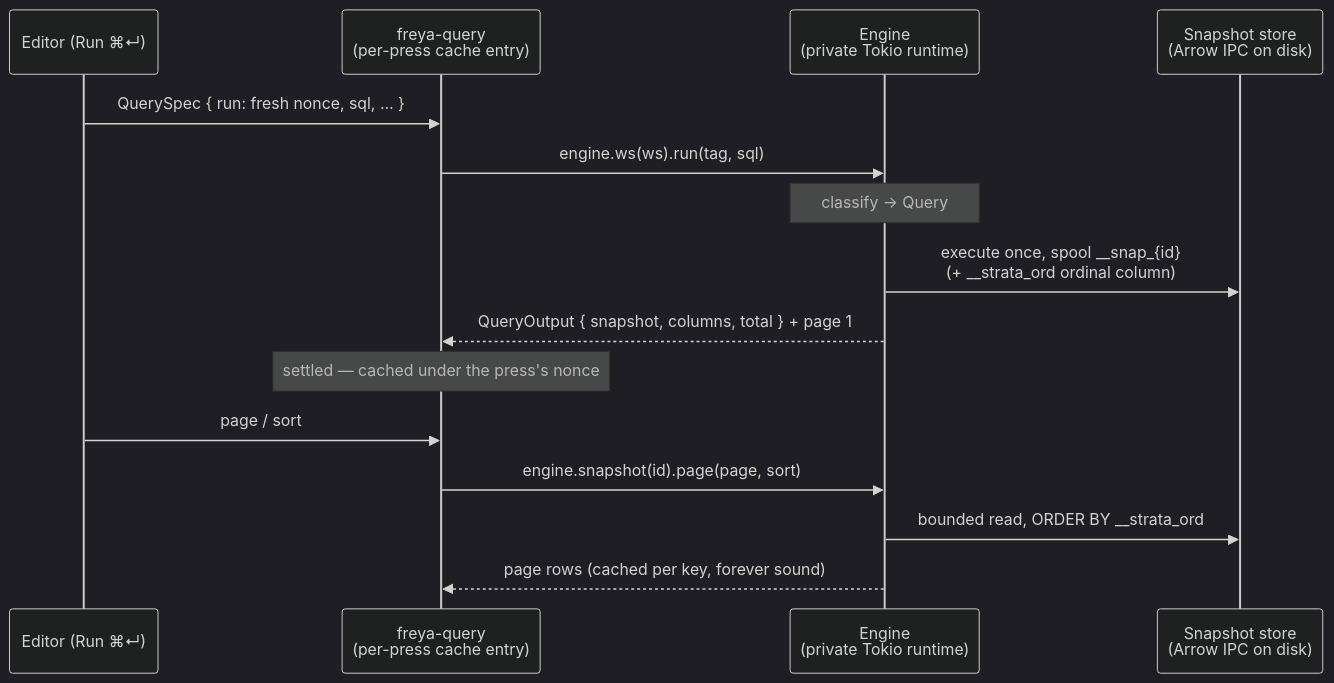
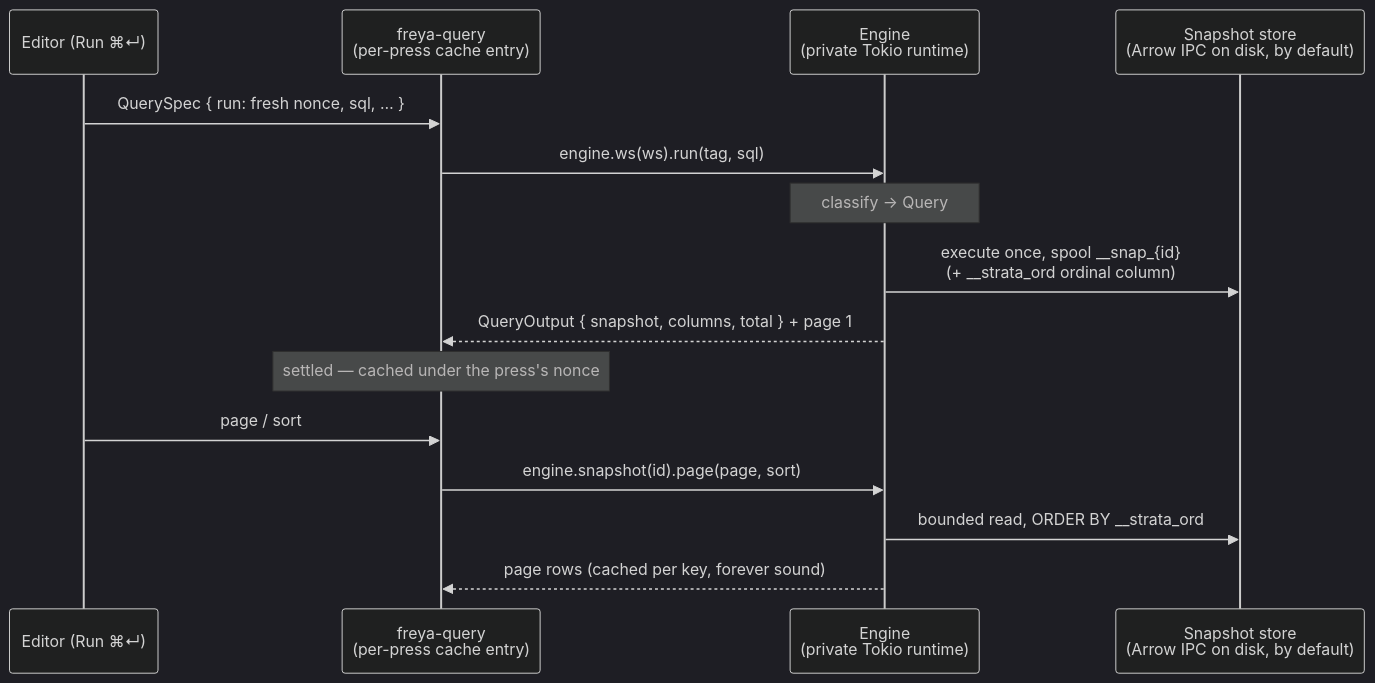
Before and after one commit to alexparlett/strata: the first of 2 diagrams in docs/ARCHITECTURE.md, drawn with Mermaid (dark theme). The commit also changed other lines of this file and 25 other files, not shown here.

````diff
--- a/docs/ARCHITECTURE.md
+++ b/docs/ARCHITECTURE.md
@@ -79,19 +84,19 @@
 ```mermaid
 sequenceDiagram
     participant U as Editor (Run ⌘↵)
     participant Q as freya-query<br/>(per-press cache entry)
     participant E as Engine<br/>(private Tokio runtime)
-    participant S as Snapshot store<br/>(Arrow IPC on disk)
+    participant S as Snapshot store<br/>(Arrow IPC on disk, by default)
 
     U->>Q: QuerySpec { run: fresh nonce, sql, … }
     Q->>E: engine.ws(ws).run(tag, sql)
     Note over E: classify → Query
     E->>S: execute once, spool __snap_{id}<br/>(+ __strata_ord ordinal column)
     E-->>Q: QueryOutput { snapshot, columns, total } + page 1
     Note over Q: settled — cached under the press's nonce
 
     U->>Q: page / sort
     Q->>E: engine.snapshot(id).page(page, sort)
     E->>S: bounded read, ORDER BY __strata_ord
     E-->>Q: page rows (cached per key, forever sound)
 ```
````
